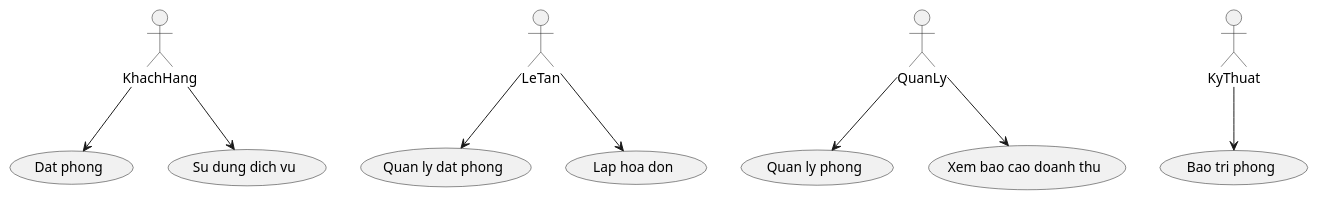
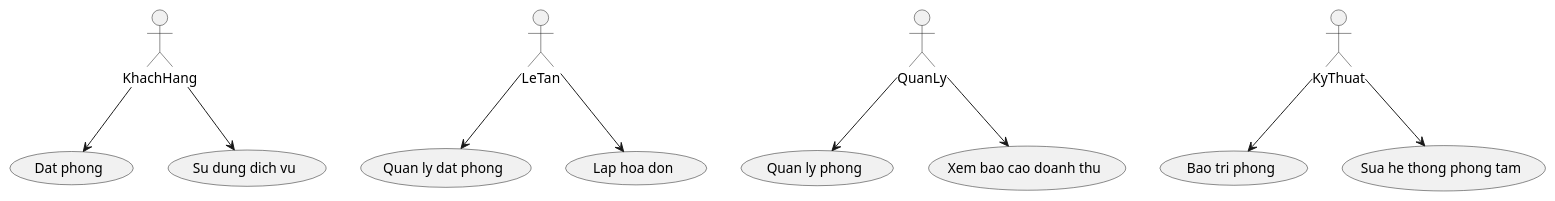
Before and after one commit to manhtq0508/HOTEL: the diagram in uml/usecase.puml, drawn with PlantUML.

```diff
--- a/uml/usecase.puml
+++ b/uml/usecase.puml
@@ -1,17 +1,18 @@
 @startuml
 actor KhachHang
 actor LeTan
 actor QuanLy
 actor KyThuat
 
 KhachHang --> (Dat phong)
 KhachHang --> (Su dung dich vu)
 
 LeTan --> (Quan ly dat phong)
 LeTan --> (Lap hoa don)
 
 QuanLy --> (Quan ly phong)
 QuanLy --> (Xem bao cao doanh thu)
 
 KyThuat --> (Bao tri phong)
+KyThuat --> (Sua he thong phong tam)
 @enduml
```
